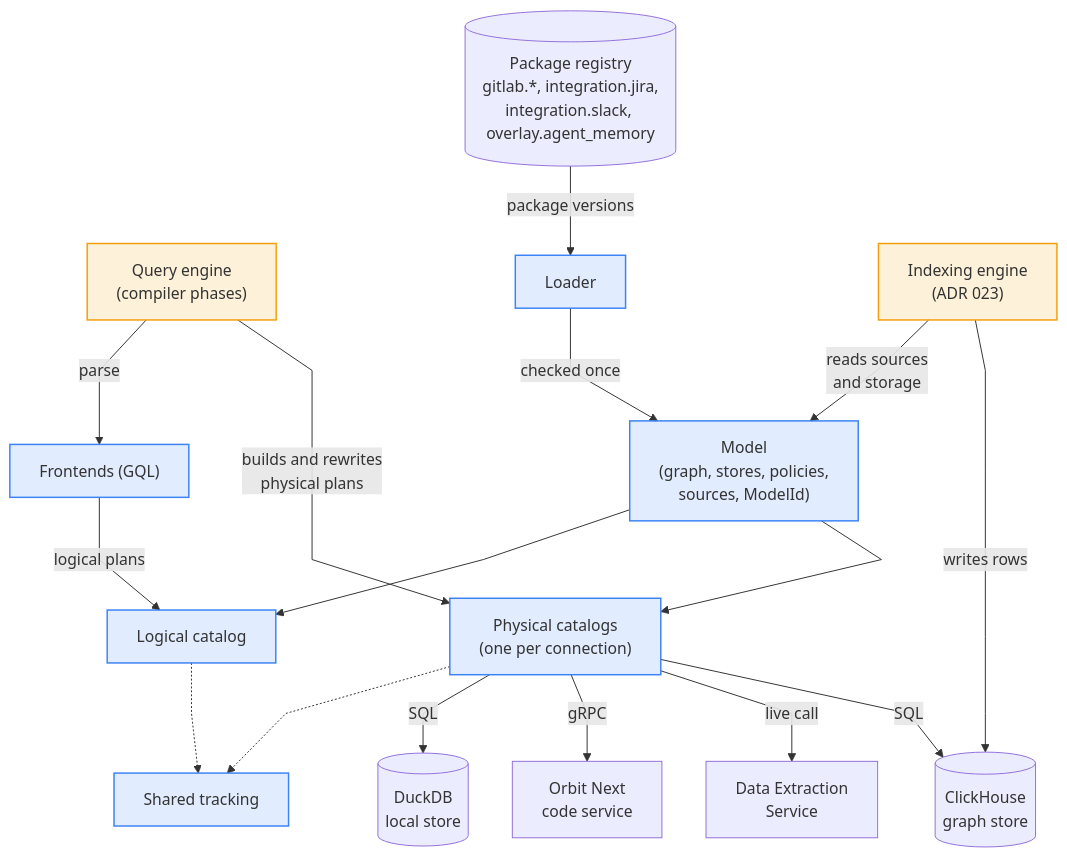
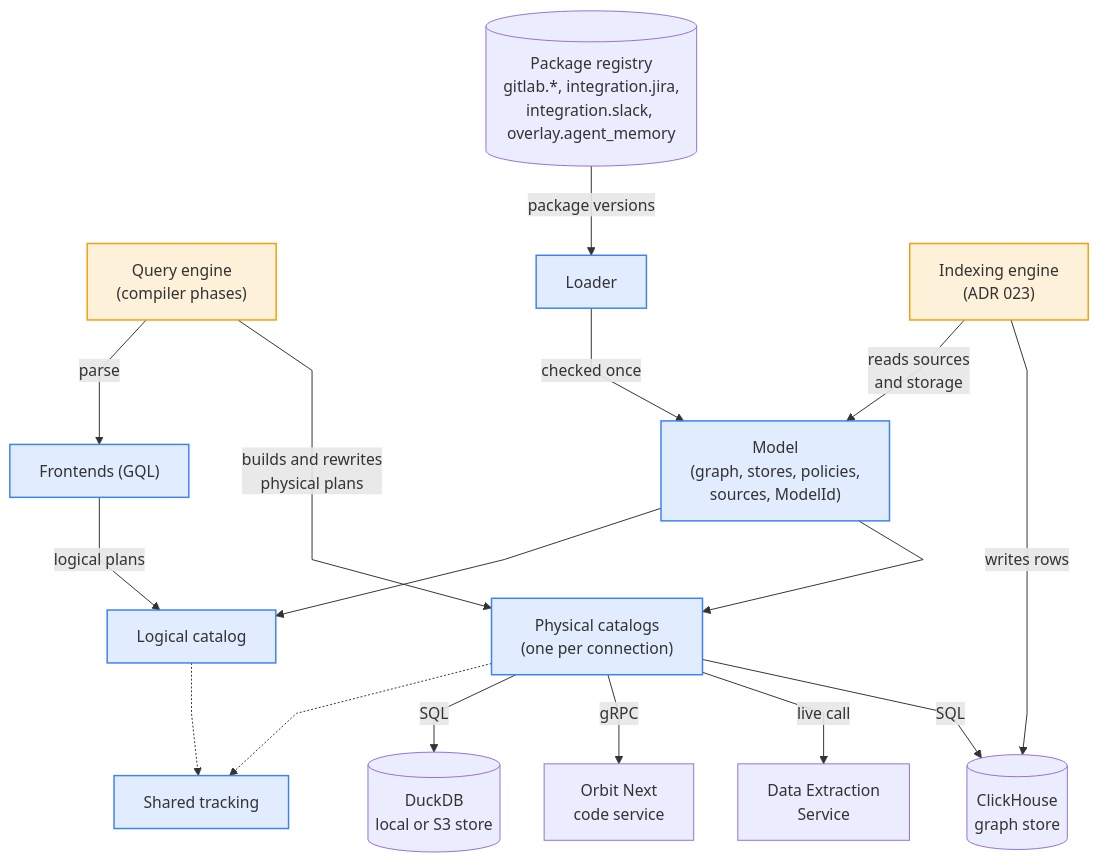
Before and after one commit to gitlabhq/orbit-knowledge-graph: the first of 9 diagrams in docs/pages/engineering/adr/024_pluggable_data_model.md, drawn with Mermaid. The commit also changed other lines of this file and 1 other file, not shown here.

````diff
--- a/docs/pages/engineering/adr/024_pluggable_data_model.md
+++ b/docs/pages/engineering/adr/024_pluggable_data_model.md
@@ -64,40 +64,40 @@
 ```mermaid
 %%{init: {"flowchart": {"curve": "linear", "nodeSpacing": 45, "rankSpacing": 55}}}%%
 flowchart TB
     accTitle: The data model in one picture
     accDescr: The package registry feeds the loader, which checks packages once into the model. The model exposes a logical catalog and one physical catalog per connection, both built on shared tracking. The query engine parses through the frontends and builds and rewrites physical plans through the catalogs, which send SQL, gRPC or live calls to the backends. The indexing engine reads sources and storage from the model and writes rows to ClickHouse.
     REG[("Package registry<br/>gitlab.*, integration.jira,<br/>integration.slack, overlay.agent_memory")]
     E["Query engine<br/>(compiler phases)"]
     L["Loader"]
     IX["Indexing engine<br/>(ADR 023)"]
     S["Frontends (GQL)"]
     M["Model<br/>(graph, stores, policies,<br/>sources, ModelId)"]
     LC["Logical catalog"]
     PC["Physical catalogs<br/>(one per connection)"]
     T["Shared tracking"]
-    DD[("DuckDB<br/>local store")]
+    DD[("DuckDB<br/>local or S3 store")]
     ON["Orbit Next<br/>code service"]
     DES["Data Extraction<br/>Service"]
     CH[("ClickHouse<br/>graph store")]
 
     REG -->|package versions| L
     L -->|checked once| M
     E -->|parse| S
     S -->|logical plans| LC
     M --> LC
     M --> PC
     E -->|builds and rewrites<br/>physical plans| PC
     IX -->|reads sources<br/>and storage| M
     LC -.-> T
     PC -.-> T
     PC -->|SQL| DD
     PC -->|gRPC| ON
     PC -->|live call| DES
     PC -->|SQL| CH
     IX -->|writes rows| CH
 
     classDef qdm fill:#3B82F626,stroke:#3B82F6,stroke-width:1.5px
     classDef engine fill:#F59E0B26,stroke:#F59E0B,stroke-width:1.5px
     class L,M,S,LC,PC,T qdm
     class E,IX engine
 ```
````
